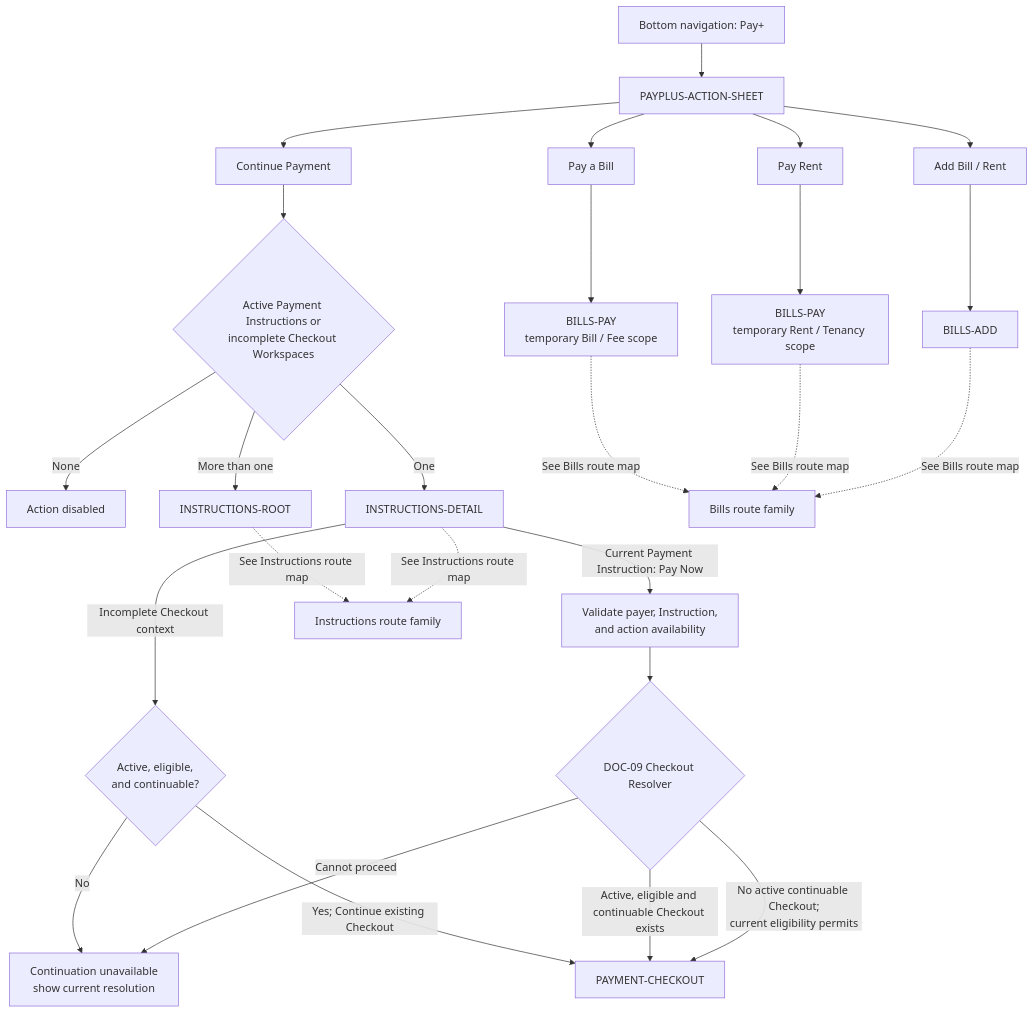
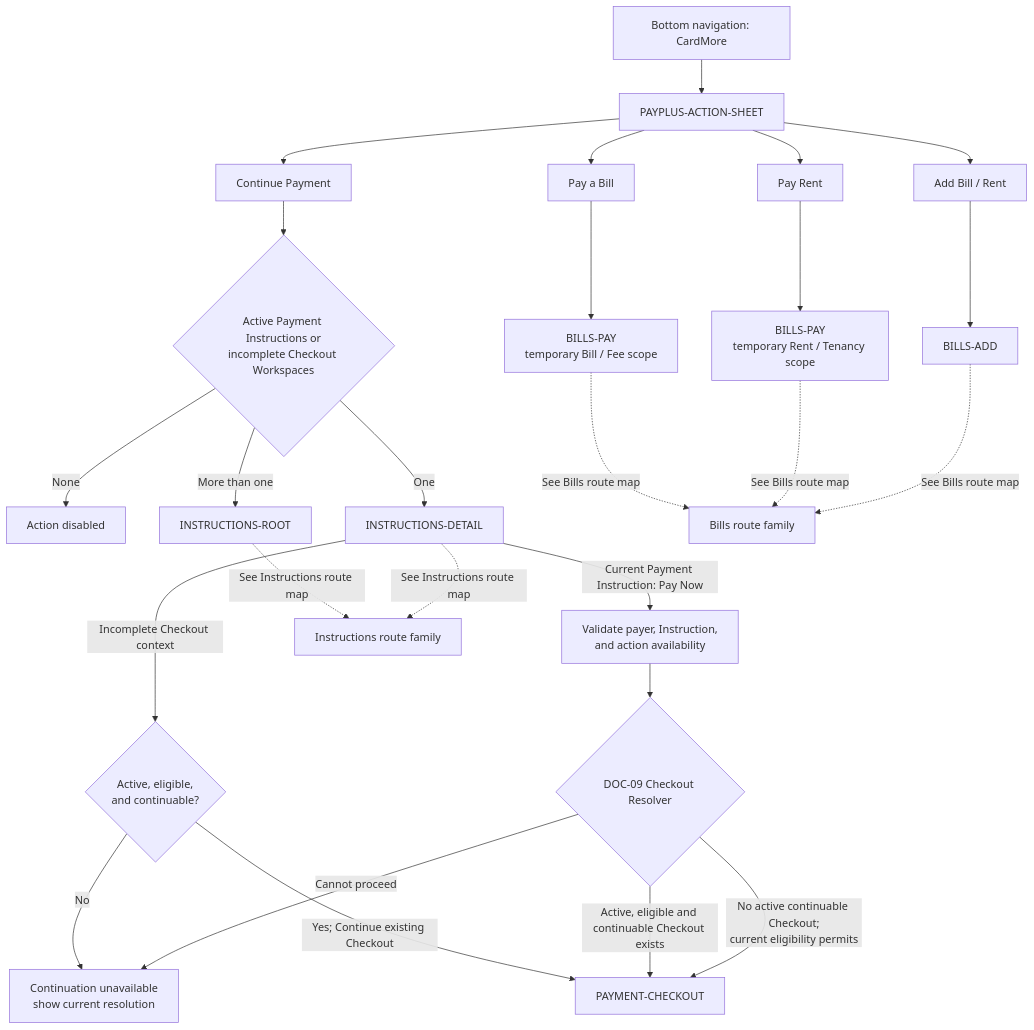
Before and after one commit to adminpayplus/payplus-docs: the diagram in docs/diagrams/routes/payplus-action-sheet-route-map.md, drawn with Mermaid. The commit also changed other lines of this file and 66 other files, not shown here.

Commit message:
docs: adopt CardMore naming and align documentation principles

````diff
--- a/docs/diagrams/routes/payplus-action-sheet-route-map.md
+++ b/docs/diagrams/routes/payplus-action-sheet-route-map.md
@@ -9,35 +10,35 @@
 ```mermaid
 flowchart TD
-  PLUS["Bottom navigation: Pay+"] --> SHEET["PAYPLUS-ACTION-SHEET"]
+  PLUS["Bottom navigation: CardMore"] --> SHEET["PAYPLUS-ACTION-SHEET"]
 
   SHEET --> BILL["Pay a Bill"]
   SHEET --> RENT["Pay Rent"]
   SHEET --> ADD["Add Bill / Rent"]
   SHEET --> CONTINUE["Continue Payment"]
 
   BILL --> BILLPAY["BILLS-PAY<br/>temporary Bill / Fee scope"]
   RENT --> RENTPAY["BILLS-PAY<br/>temporary Rent / Tenancy scope"]
   ADD --> BILLSADD["BILLS-ADD"]
 
   CONTINUE --> COUNT{"Active Payment Instructions or<br/>incomplete Checkout Workspaces"}
   COUNT -->|"None"| DISABLED["Action disabled"]
   COUNT -->|"One"| DETAIL["INSTRUCTIONS-DETAIL"]
   COUNT -->|"More than one"| ROOT["INSTRUCTIONS-ROOT"]
 
   DETAIL -->|"Incomplete Checkout context"| ALLOWED{"Active, eligible,<br/>and continuable?"}
   ALLOWED -->|"No"| VISIBLE["Continuation unavailable<br/>show current resolution"]
   ALLOWED -->|"Yes; Continue existing Checkout"| CHECKOUT["PAYMENT-CHECKOUT"]
 
   DETAIL -->|"Current Payment Instruction: Pay Now"| IPVALID["Validate payer, Instruction,<br/>and action availability"]
   IPVALID --> RESOLVER{"DOC-09 Checkout Resolver"}
   RESOLVER -->|"Active, eligible and continuable Checkout exists"| CHECKOUT
   RESOLVER -->|"No active continuable Checkout;<br/>current eligibility permits"| CHECKOUT
   RESOLVER -->|"Cannot proceed"| VISIBLE
 
   BILLPAY -. "See Bills route map" .-> BILLSFAMILY["Bills route family"]
   RENTPAY -. "See Bills route map" .-> BILLSFAMILY
   BILLSADD -. "See Bills route map" .-> BILLSFAMILY
   ROOT -. "See Instructions route map" .-> INSTRUCTIONFAMILY["Instructions route family"]
   DETAIL -. "See Instructions route map" .-> INSTRUCTIONFAMILY
 
 ```
````
